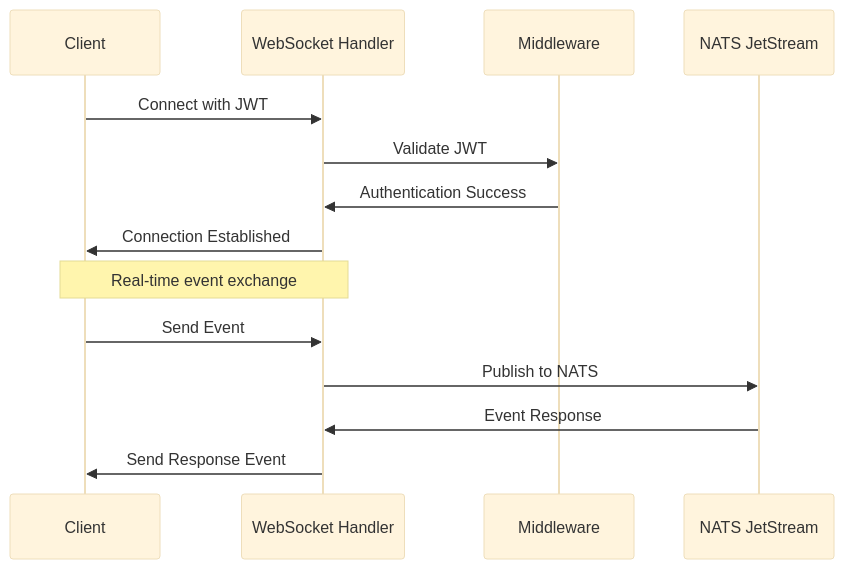
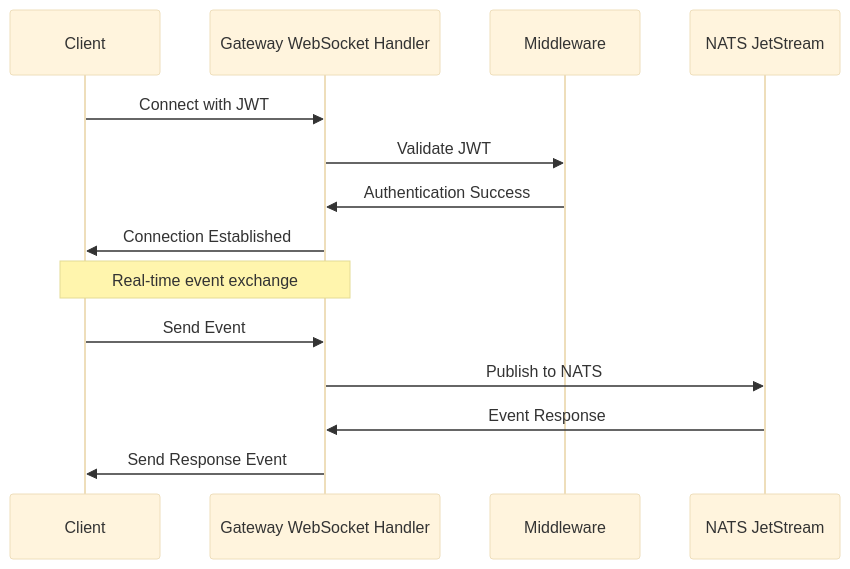
One commit to piresc/nebengjek changed the first of 3 diagrams in docs/websocket-events-specification.md. Above: the diagram before and after it, drawn with Mermaid (base theme). The commit also changed other lines of this file and 76 other files, not shown here.

````diff
--- a/docs/websocket-events-specification.md
+++ b/docs/websocket-events-specification.md
@@ -17,19 +19,19 @@
 ```mermaid
 sequenceDiagram
     participant C as Client
-    participant WS as WebSocket Handler
+    participant WS as Gateway WebSocket Handler
     participant MW as Middleware
     participant NATS as NATS JetStream
     
     C->>WS: Connect with JWT
     WS->>MW: Validate JWT
     MW->>WS: Authentication Success
     WS->>C: Connection Established
     
     Note over C,WS: Real-time event exchange
     
     C->>WS: Send Event
     WS->>NATS: Publish to NATS
     NATS->>WS: Event Response
     WS->>C: Send Response Event
 ```
````
